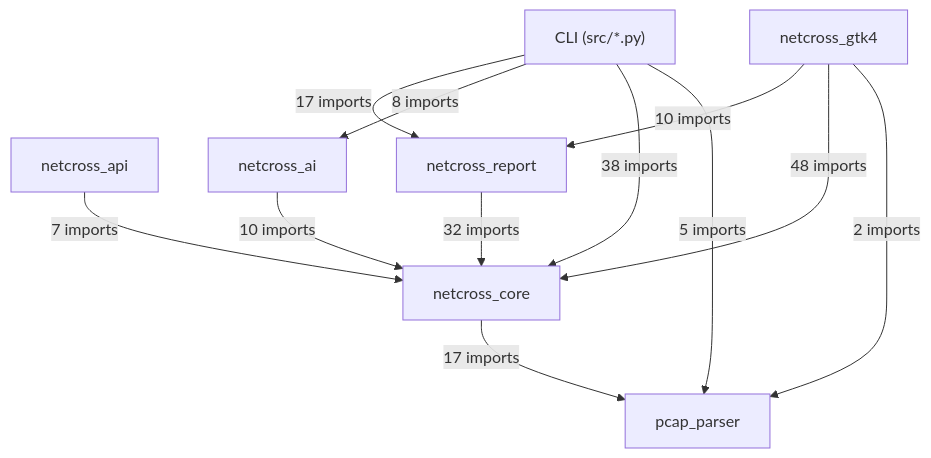
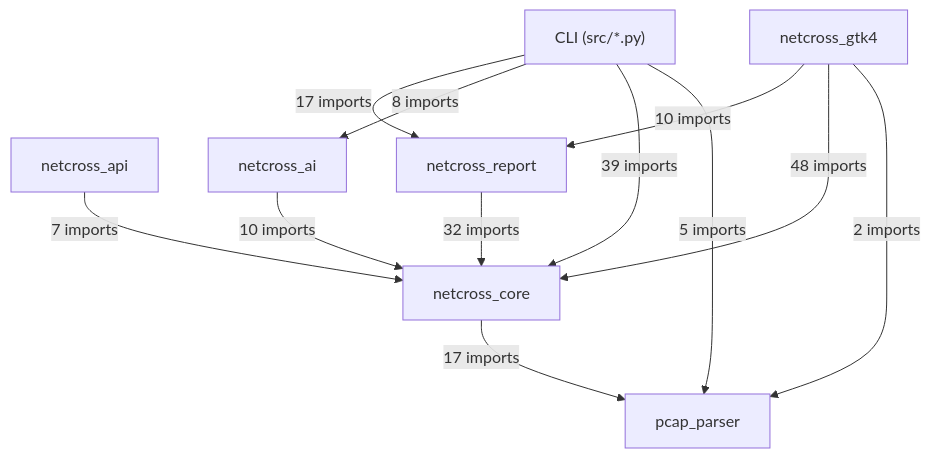
Before and after one commit to MathildeDec/Netcross: the first of 19 diagrams in docs/class-diagram.md, drawn with Mermaid. The commit also changed other lines of this file and 15 other files, not shown here.

````diff
--- a/docs/class-diagram.md
+++ b/docs/class-diagram.md
@@ -26,21 +26,21 @@
 ```mermaid
 flowchart TD
     CLI["CLI (src/*.py)"]
     netcross_gtk4["netcross_gtk4"]
     netcross_api["netcross_api"]
     netcross_report["netcross_report"]
     netcross_ai["netcross_ai"]
     netcross_core["netcross_core"]
     pcap_parser["pcap_parser"]
     CLI -->|"17 imports"| netcross_report
     CLI -->|"8 imports"| netcross_ai
-    CLI -->|"38 imports"| netcross_core
+    CLI -->|"39 imports"| netcross_core
     CLI -->|"5 imports"| pcap_parser
     netcross_gtk4 -->|"10 imports"| netcross_report
     netcross_gtk4 -->|"48 imports"| netcross_core
     netcross_gtk4 -->|"2 imports"| pcap_parser
     netcross_api -->|"7 imports"| netcross_core
     netcross_report -->|"32 imports"| netcross_core
     netcross_ai -->|"10 imports"| netcross_core
     netcross_core -->|"17 imports"| pcap_parser
 ```
````
